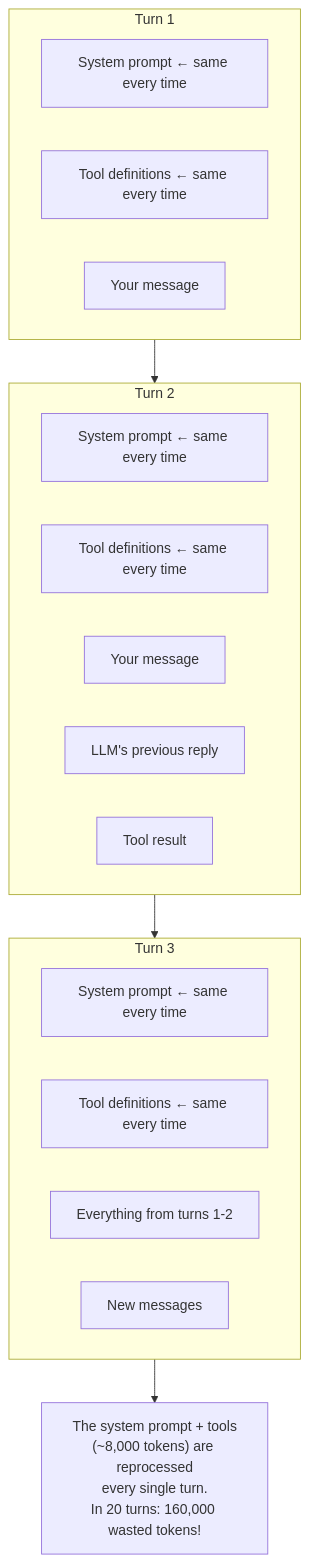
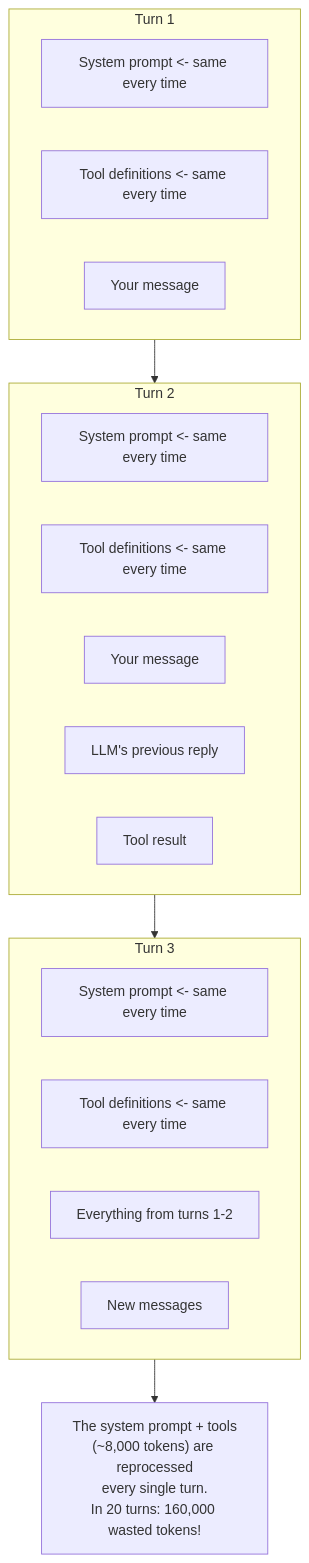
The third of 17 diagrams in context-management.md (2kages/agent-learning), drawn with Mermaid before and after one commit. The commit also changed other lines of this file and 2 other files, not shown here.

````diff
--- a/context-management.md
+++ b/context-management.md
@@ -61,27 +88,27 @@
 ```mermaid
 flowchart TD
     subgraph CALL1 ["Turn 1"]
-        C1A["System prompt ← same every time"]
-        C1B["Tool definitions ← same every time"]
+        C1A["System prompt <- same every time"]
+        C1B["Tool definitions <- same every time"]
         C1C["Your message"]
     end
 
     subgraph CALL2 ["Turn 2"]
-        C2A["System prompt ← same every time"]
-        C2B["Tool definitions ← same every time"]
+        C2A["System prompt <- same every time"]
+        C2B["Tool definitions <- same every time"]
         C2C["Your message"]
         C2D["LLM's previous reply"]
         C2E["Tool result"]
     end
 
     subgraph CALL3 ["Turn 3"]
-        C3A["System prompt ← same every time"]
-        C3B["Tool definitions ← same every time"]
+        C3A["System prompt <- same every time"]
+        C3B["Tool definitions <- same every time"]
         C3C["Everything from turns 1-2"]
         C3D["New messages"]
     end
 
     WASTE["The system prompt + tools<br/>(~8,000 tokens) are reprocessed<br/>every single turn.<br/>In 20 turns: 160,000 wasted tokens!"]
 
     CALL1 --> CALL2 --> CALL3 --> WASTE
 ```
````
